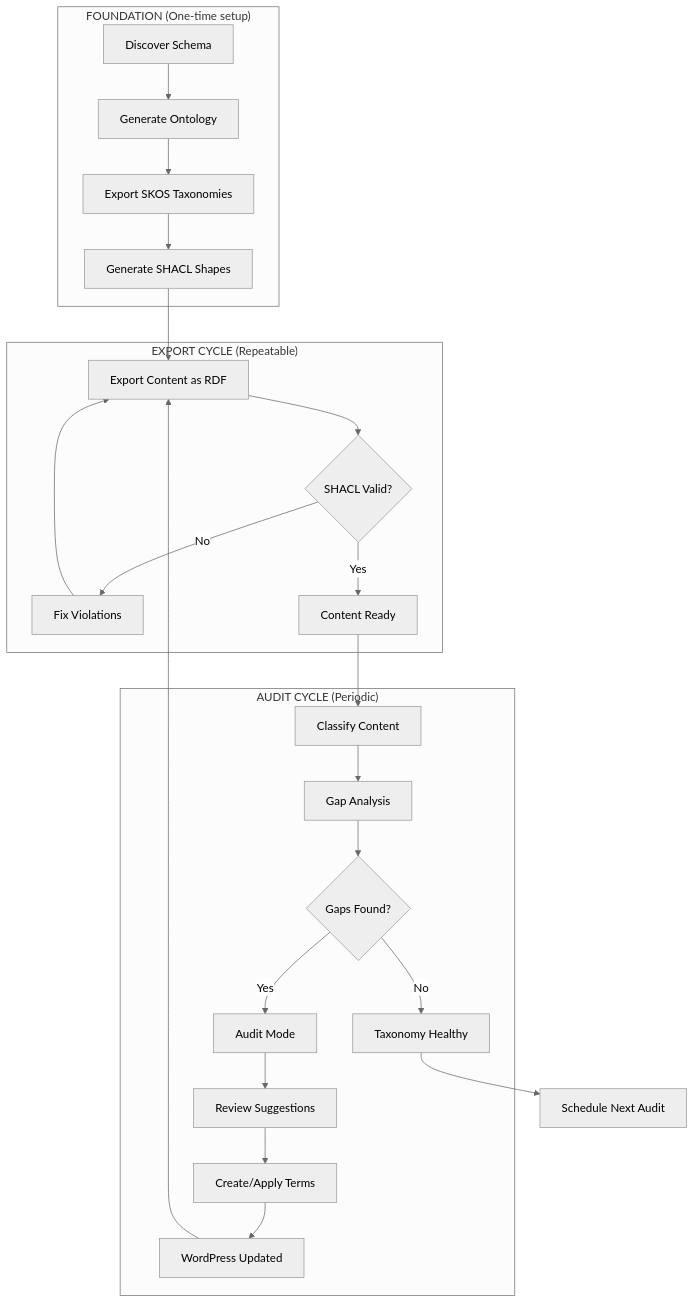
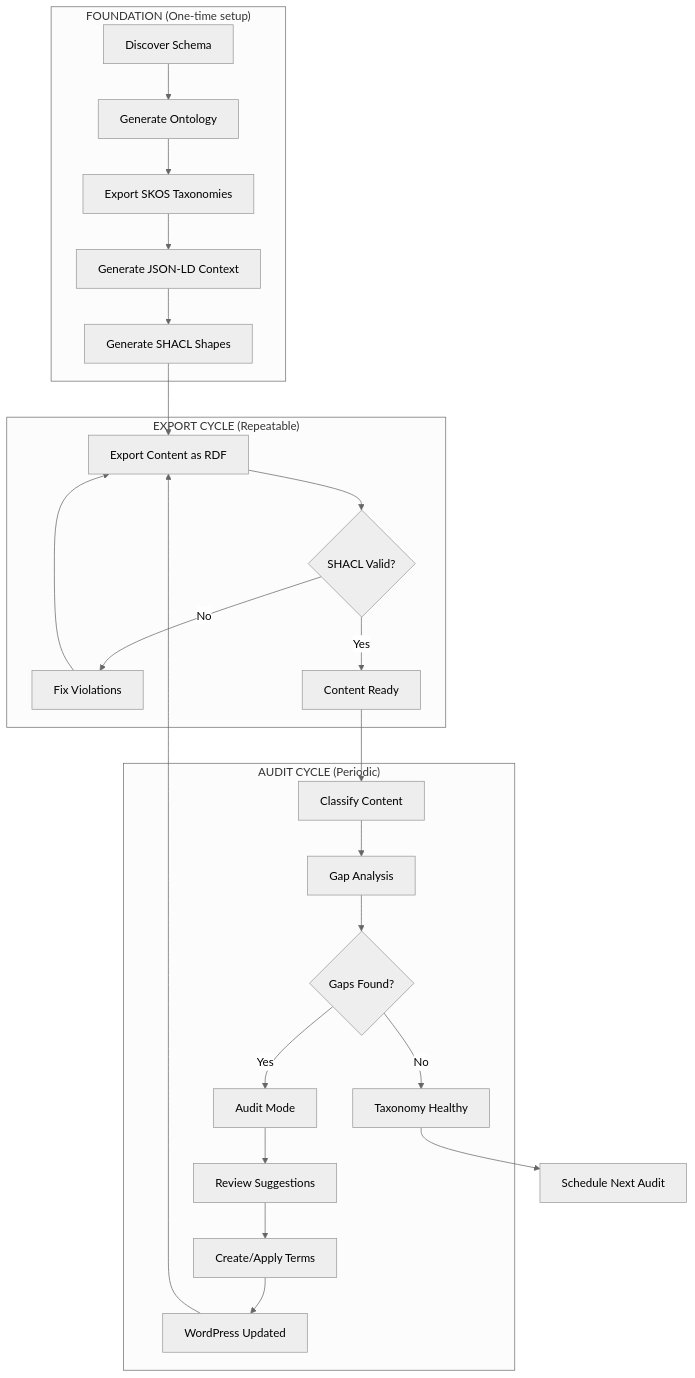
Before and after one commit to dogwonder/ai-taxonomy-audit: the diagram in PLAYBOOK.md, drawn with Mermaid (neutral theme). The commit also changed other lines of this file, not shown here.

Commit message:
Update plybook with Generate JSON-LD Context

````diff
--- a/PLAYBOOK.md
+++ b/PLAYBOOK.md
@@ -92,32 +94,33 @@
 ```mermaid
 flowchart TB
     subgraph "FOUNDATION (One-time setup)"
         A[Discover Schema] --> B[Generate Ontology]
         B --> C[Export SKOS Taxonomies]
-        C --> D[Generate SHACL Shapes]
+        C --> C2[Generate JSON-LD Context]
+        C2 --> D[Generate SHACL Shapes]
     end
 
     subgraph "EXPORT CYCLE (Repeatable)"
         E[Export Content as RDF]
         E --> F{SHACL Valid?}
         F -->|No| G[Fix Violations]
         G --> E
         F -->|Yes| H[Content Ready]
     end
 
     subgraph "AUDIT CYCLE (Periodic)"
         I[Classify Content]
         I --> J[Gap Analysis]
         J --> K{Gaps Found?}
         K -->|Yes| L[Audit Mode]
         L --> M[Review Suggestions]
         M --> N[Create/Apply Terms]
         N --> O[WordPress Updated]
         K -->|No| P[Taxonomy Healthy]
     end
 
     D --> E
     H --> I
     O --> E
     P --> Q[Schedule Next Audit]
 ```
````
